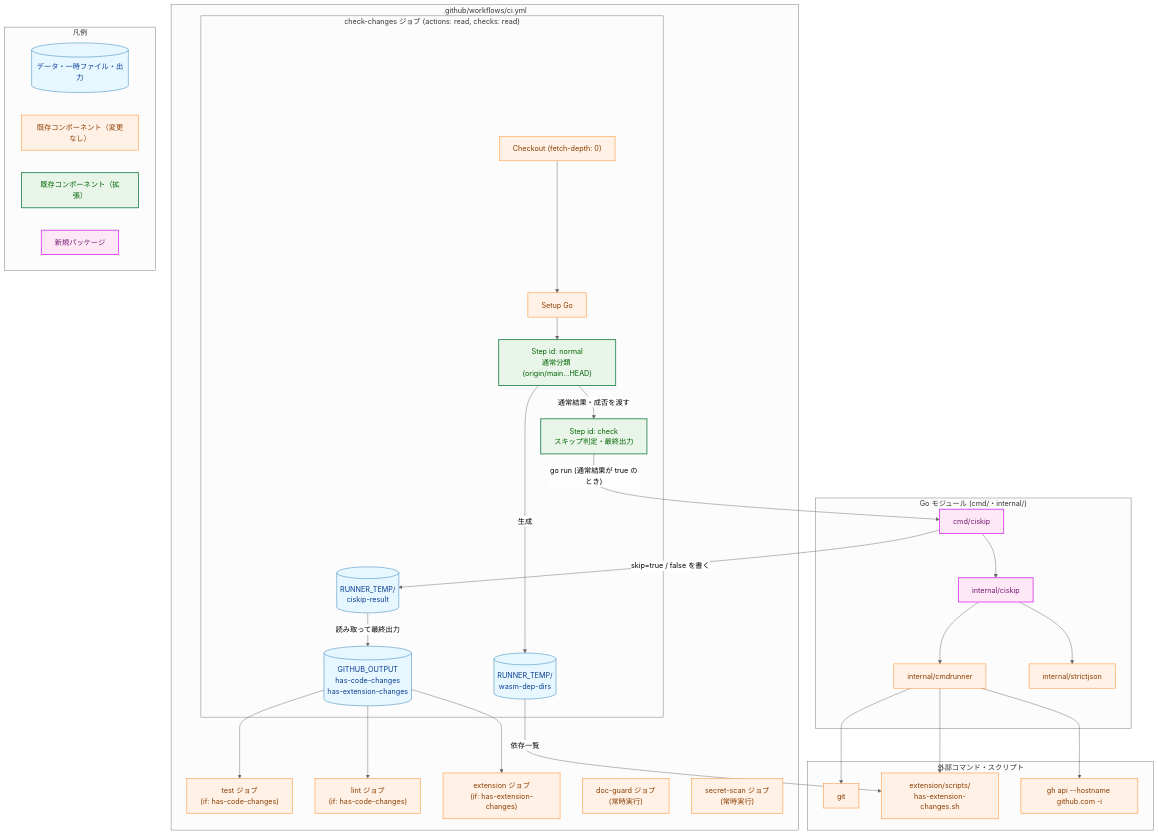
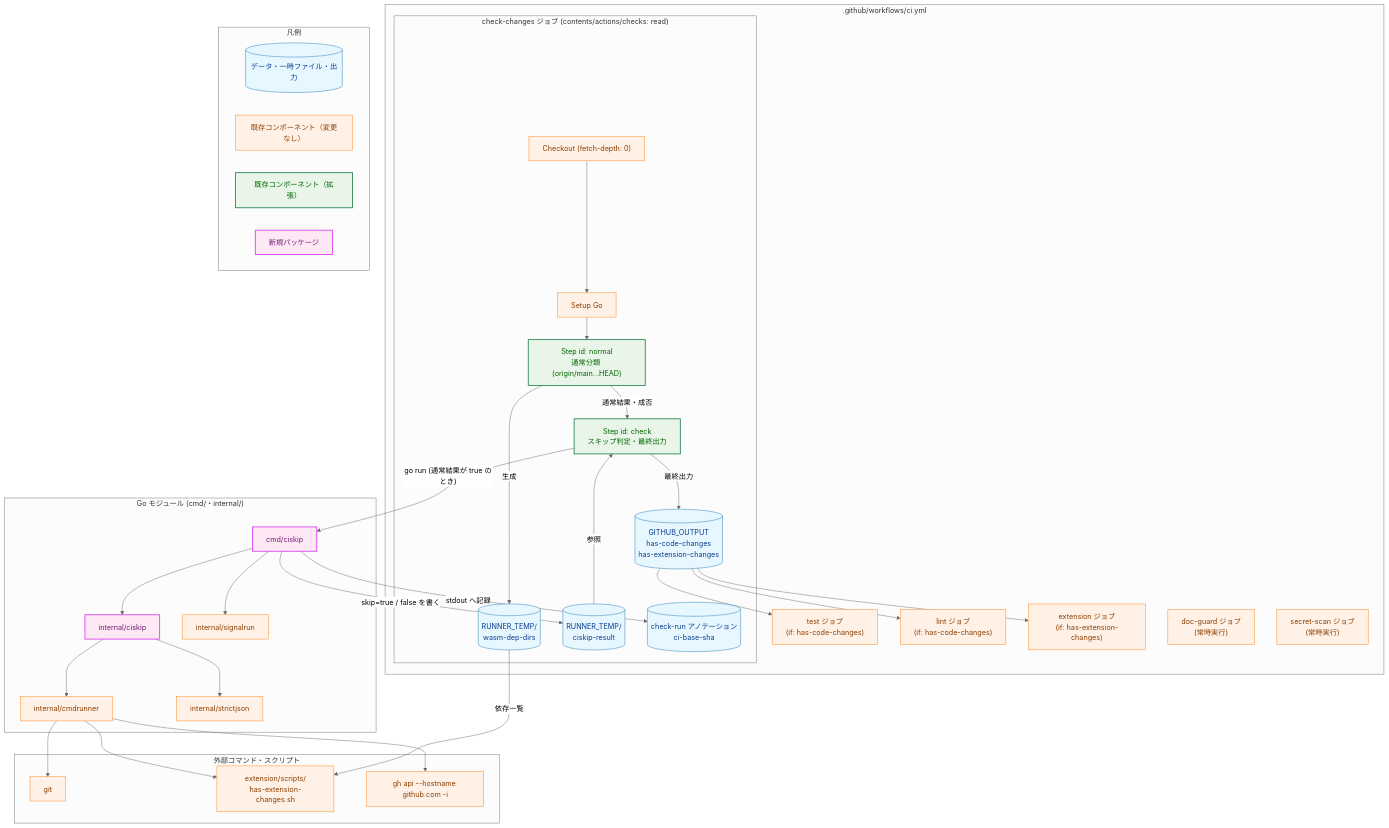
The second of 8 diagrams in docs/tasks/0119_ci_skip_doc_only_commit/02_architecture.md (isseis/yt2column), drawn with Mermaid (neutral theme) before and after one commit. The commit also changed other lines of this file and 3 other files, not shown here.

Commit message:
docs(0119): apply architecture review and Japanese prose fixes

````diff
--- a/docs/tasks/0119_ci_skip_doc_only_commit/02_architecture.md
+++ b/docs/tasks/0119_ci_skip_doc_only_commit/02_architecture.md
@@ -114,68 +114,73 @@
 ```mermaid
 flowchart TD
     classDef data fill:#e6f7ff,stroke:#1f77b4,stroke-width:1px,color:#0b3d91;
     classDef process fill:#fff1e6,stroke:#ff7f0e,stroke-width:1px,color:#8a3e00;
     classDef enhanced fill:#e8f5e8,stroke:#2e8b57,stroke-width:2px,color:#006400;
     classDef newpkg fill:#ffe8f5,stroke:#d946ef,stroke-width:2px,color:#701a75;
 
     subgraph WF[".github/workflows/ci.yml"]
-        subgraph CC["check-changes ジョブ (actions: read, checks: read)"]
+        subgraph CC["check-changes ジョブ (contents/actions/checks: read)"]
             S1["Checkout (fetch-depth: 0)"]
             S2["Setup Go"]
             S3["Step id: normal<br>通常分類 (origin/main...HEAD)"]
             S4["Step id: check<br>スキップ判定・最終出力"]
             DEP[("RUNNER_TEMP/<br>wasm-dep-dirs")]
             RES[("RUNNER_TEMP/<br>ciskip-result")]
+            NOTICE[("check-run アノテーション<br>ci-base-sha")]
             OUT[("GITHUB_OUTPUT<br>has-code-changes<br>has-extension-changes")]
         end
 
         J_TEST["test ジョブ<br>(if: has-code-changes)"]
         J_LINT["lint ジョブ<br>(if: has-code-changes)"]
         J_EXT["extension ジョブ<br>(if: has-extension-changes)"]
         J_DOC["doc-guard ジョブ<br>(常時実行)"]
         J_SEC["secret-scan ジョブ<br>(常時実行)"]
     end
 
     subgraph GO["Go モジュール (cmd/・internal/)"]
         CMD["cmd/ciskip"]
         PKG["internal/ciskip"]
         RUNNER["internal/cmdrunner"]
+        SIG["internal/signalrun"]
         SJSON["internal/strictjson"]
     end
 
     subgraph EXT["外部コマンド・スクリプト"]
         GIT["git"]
         BASH["extension/scripts/<br>has-extension-changes.sh"]
         GH["gh api --hostname github.com -i"]
     end
 
     S1 --> S2
     S2 --> S3
     S3 -->|"生成"| DEP
-    S3 -->|"通常結果・成否を渡す"| S4
+    S3 -->|"通常結果・成否"| S4
     S4 -->|"go run (通常結果が true のとき)"| CMD
     CMD --> PKG
+    CMD --> SIG
     PKG --> RUNNER
     PKG --> SJSON
     RUNNER --> GIT
     RUNNER --> BASH
     RUNNER --> GH
     DEP -->|"依存一覧"| BASH
+    CMD -->|"stdout へ記録"| NOTICE
     CMD -->|"skip=true / false を書く"| RES
-    RES -->|"読み取って最終出力"| OUT
+    RES -->|"参照"| S4
+    S4 -->|"最終出力"| OUT
     OUT --> J_TEST
     OUT --> J_LINT
     OUT --> J_EXT
 
     subgraph Legend["凡例"]
         L1[("データ・一時ファイル・出力")]
         L2["既存コンポーネント（変更なし）"]
         L3["既存コンポーネント（拡張）"]
         L4["新規パッケージ"]
     end
 
-    class DEP,RES,OUT,L1 data
-    class S1,S2,J_TEST,J_LINT,J_EXT,J_DOC,J_SEC,RUNNER,SJSON,GIT,BASH,GH,L2 process
+    class DEP,RES,NOTICE,OUT,L1 data
+    class S1,S2,J_TEST,J_LINT,J_EXT,J_DOC,J_SEC,RUNNER,SIG,SJSON,GIT,BASH,GH,L2 process
     class S3,S4,L3 enhanced
     class CMD,PKG,L4 newpkg
 ```
````
